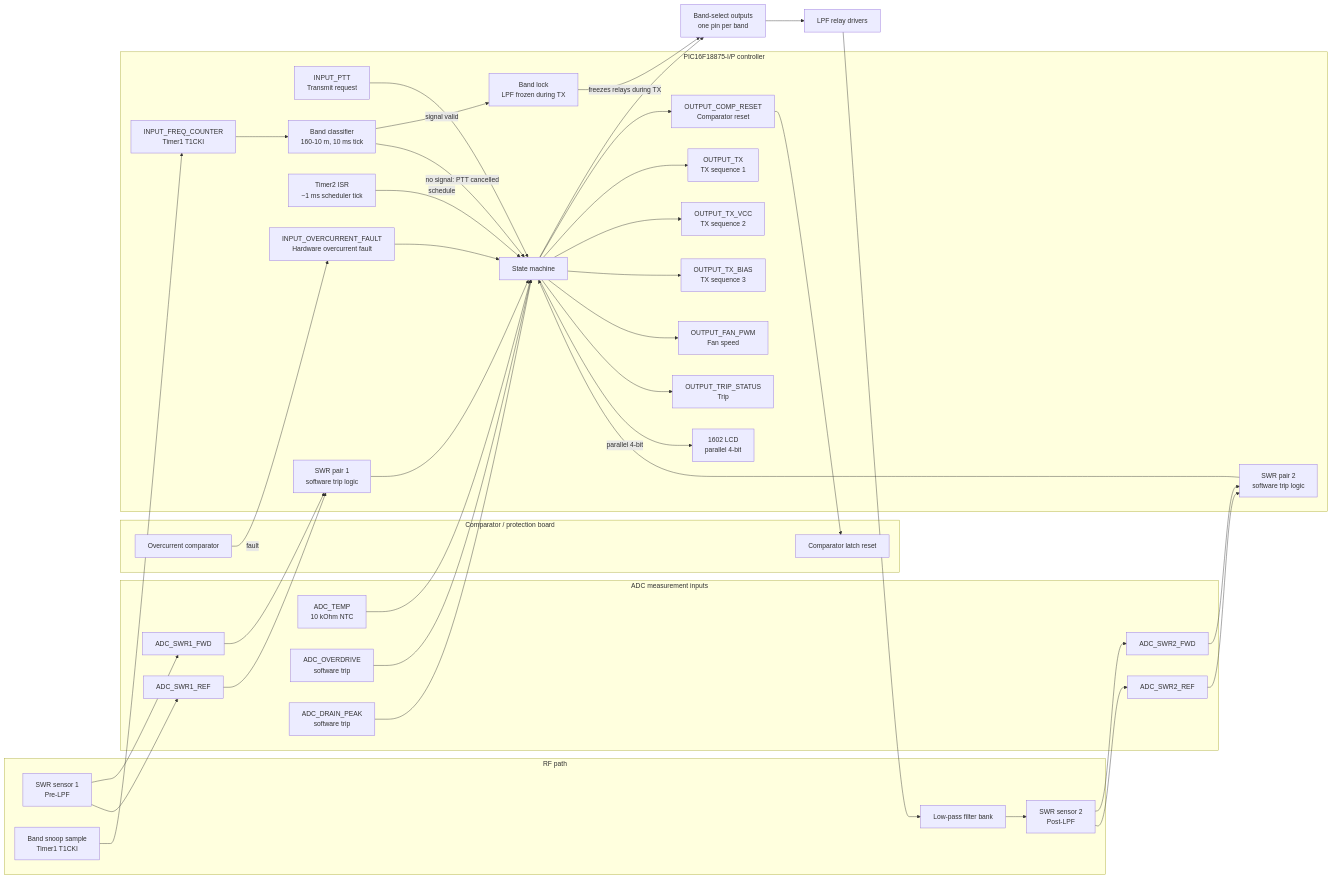
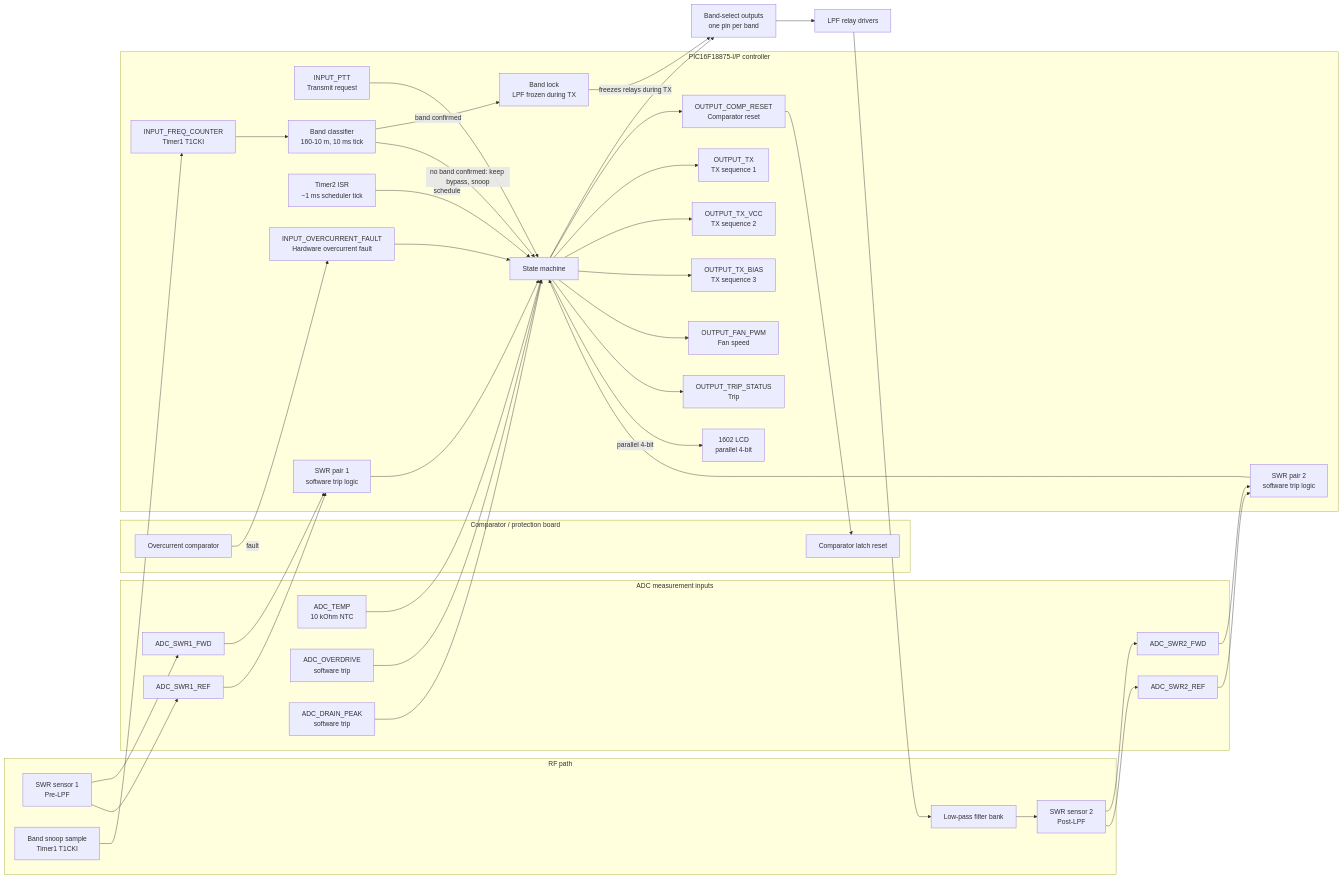
One commit to sjk7/PicAmpControl changed the diagram in README.md. Above: the diagram before and after it, drawn with Mermaid. The commit also changed other lines of this file and 11 other files, not shown here.

First line of the commit message:
test: keep the first-dit proof separate; enforce band-selection invariants in the suite

````diff
--- a/README.md
+++ b/README.md
@@ -59,80 +62,80 @@
 ```mermaid
 flowchart LR
     subgraph RF["RF path"]
         PRE["SWR sensor 1\nPre-LPF"]
         FILTER["Low-pass filter bank"]
         POST["SWR sensor 2\nPost-LPF"]
         SNOOP["Band snoop sample\nTimer1 T1CKI"]
     end
 
     subgraph ADC["ADC measurement inputs"]
         PRE_FWD["ADC_SWR1_FWD"]
         PRE_REF["ADC_SWR1_REF"]
         POST_FWD["ADC_SWR2_FWD"]
         POST_REF["ADC_SWR2_REF"]
         TEMP["ADC_TEMP\n10 kOhm NTC"]
         OVERDRIVE["ADC_OVERDRIVE\nsoftware trip"]
         DRAIN_ADC["ADC_DRAIN_PEAK\nsoftware trip"]
     end
 
     subgraph ComparatorBoard["Comparator / protection board"]
         OC["Overcurrent comparator"]
         COMP_RESET["Comparator latch reset"]
     end
 
     subgraph MCU["PIC16F18875-I/P controller"]
         PTT["INPUT_PTT\nTransmit request"]
         RESET["OUTPUT_COMP_RESET\nComparator reset"]
         HARD["INPUT_OVERCURRENT_FAULT\nHardware overcurrent fault"]
         TICK["Timer2 ISR\n~1 ms scheduler tick"]
         FREQ["INPUT_FREQ_COUNTER\nTimer1 T1CKI"]
         BAND["Band classifier\n160-10 m, 10 ms tick"]
         LOCK["Band lock\nLPF frozen during TX"]
         STATE["State machine"]
         SWR1["SWR pair 1\nsoftware trip logic"]
         SWR2["SWR pair 2\nsoftware trip logic"]
         TX["OUTPUT_TX\nTX sequence 1"]
         TXVCC["OUTPUT_TX_VCC\nTX sequence 2"]
         TXBIAS["OUTPUT_TX_BIAS\nTX sequence 3"]
         FAN["OUTPUT_FAN_PWM\nFan speed"]
         TRIP["OUTPUT_TRIP_STATUS\nTrip"]
         LCD["1602 LCD\nparallel 4-bit"]
     end
 
     PRE --> PRE_FWD
     PRE --> PRE_REF
     FILTER --> POST
     POST --> POST_FWD
     POST --> POST_REF
     SNOOP --> FREQ
     FREQ --> BAND
-    BAND -->|signal valid| LOCK
-    BAND -->|no signal: PTT cancelled| STATE
+    BAND -->|band confirmed| LOCK
+    BAND -->|no band confirmed: keep bypass, snoop| STATE
     STATE --> BANDSEL
     LOCK -->|freezes relays during TX| BANDSEL
     BANDSEL["Band-select outputs\none pin per band"] --> DRIVER["LPF relay drivers"] --> FILTER
 
     PRE_FWD --> SWR1
     PRE_REF --> SWR1
     POST_FWD --> SWR2
     POST_REF --> SWR2
     TEMP --> STATE
     OVERDRIVE --> STATE
     DRAIN_ADC --> STATE
 
     SWR1 --> STATE
     SWR2 --> STATE
     OC -->|fault| HARD
     HARD --> STATE
     TICK -->|schedule| STATE
 
     PTT --> STATE
     STATE --> RESET
     RESET --> COMP_RESET
     STATE --> TX
     STATE --> TXVCC
     STATE --> TXBIAS
     STATE --> FAN
     STATE --> TRIP
     STATE -->|parallel 4-bit| LCD
 ```
````
